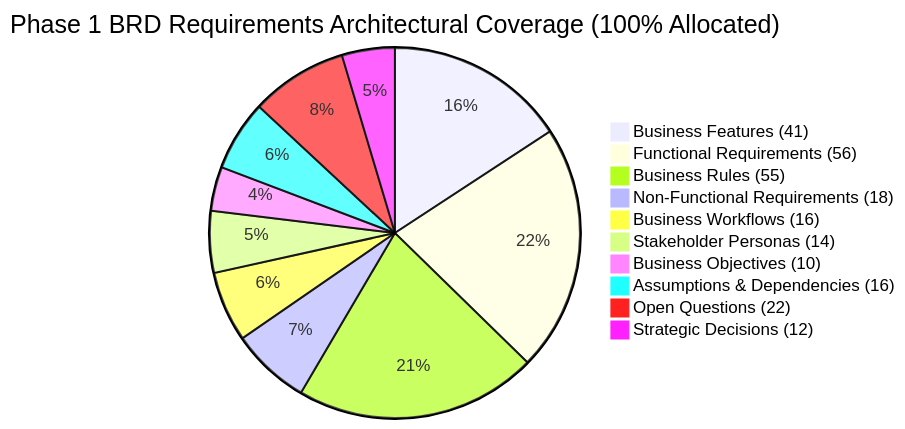
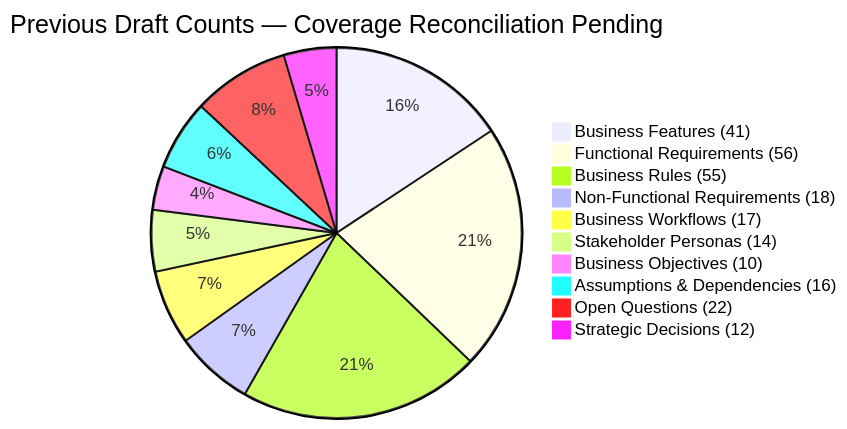
The diagram in docs/00-requirements/review/arch-12-master-traceability-matrix-draft.md (ezhilselvan1109/chellaa-system), drawn with Mermaid before and after one commit. The commit also changed other lines of this file, not shown here.

Commit message:
docs(architecture): invalidate stale traceability coverage claim

````diff
--- a/docs/00-requirements/review/arch-12-master-traceability-matrix-draft.md
+++ b/docs/00-requirements/review/arch-12-master-traceability-matrix-draft.md
@@ -54,13 +54,13 @@
 ```mermaid
-pie title Phase 1 BRD Requirements Architectural Coverage (100% Allocated)
+pie title Previous Draft Counts — Coverage Reconciliation Pending
   "Business Features (41)" : 41
   "Functional Requirements (56)" : 56
   "Business Rules (55)" : 55
   "Non-Functional Requirements (18)" : 18
-  "Business Workflows (16)" : 16
+  "Business Workflows (17)" : 17
   "Stakeholder Personas (14)" : 14
   "Business Objectives (10)" : 10
   "Assumptions & Dependencies (16)" : 16
   "Open Questions (22)" : 22
   "Strategic Decisions (12)" : 12
 ```
````
